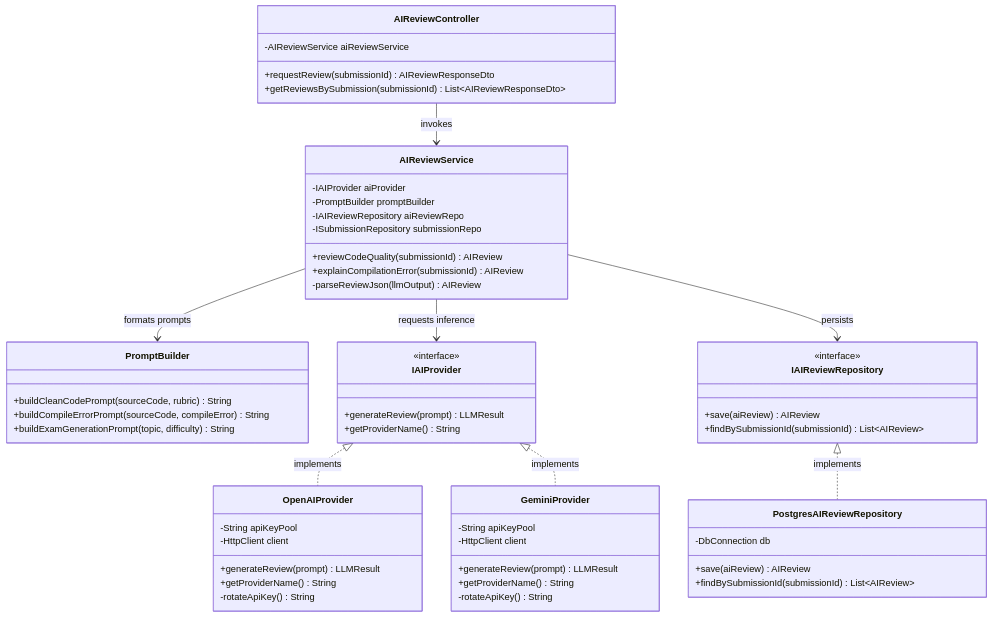
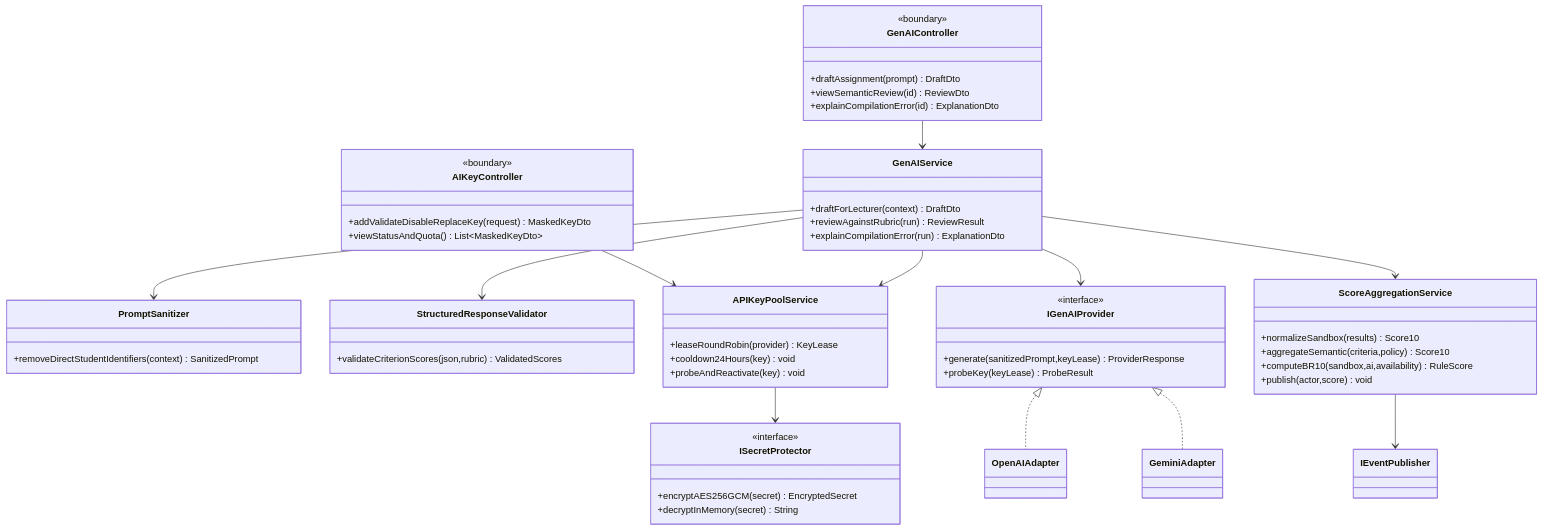
Before and after one commit to pthaok6/AITA-Intelligent: the eighth of 9 diagrams in CLASS_DIAGRAM_DESIGN.md, drawn with Mermaid. The commit also changed other lines of this file and 1 other file, not shown here.

````diff
--- a/CLASS_DIAGRAM_DESIGN.md
+++ b/CLASS_DIAGRAM_DESIGN.md
@@ -476,73 +675,59 @@
 ```mermaid
 classDiagram
-    %% Controller
-    class AIReviewController {
-        -AIReviewService aiReviewService
-        +requestReview(submissionId) AIReviewResponseDto
-        +getReviewsBySubmission(submissionId) List~AIReviewResponseDto~
-    }
-
-    %% Review Orchestrator
-    class AIReviewService {
-        -IAIProvider aiProvider
-        -PromptBuilder promptBuilder
-        -IAIReviewRepository aiReviewRepo
-        -ISubmissionRepository submissionRepo
-        +reviewCodeQuality(submissionId) AIReview
-        +explainCompilationError(submissionId) AIReview
-        -parseReviewJson(llmOutput) AIReview
-    }
-
-    %% Prompt Engineering Component
-    class PromptBuilder {
-        +buildCleanCodePrompt(sourceCode, rubric) String
-        +buildCompileErrorPrompt(sourceCode, compileError) String
-        +buildExamGenerationPrompt(topic, difficulty) String
-    }
-
-    %% LLM Adapter Pattern (Loose Coupling)
-    class IAIProvider {
-        <<interface>>
-        +generateReview(prompt) LLMResult
-        +getProviderName() String
-    }
-
-    class OpenAIProvider {
-        -String apiKeyPool
-        -HttpClient client
-        +generateReview(prompt) LLMResult
-        +getProviderName() String
-        -rotateApiKey() String
-    }
-
-    class GeminiProvider {
-        -String apiKeyPool
-        -HttpClient client
-        +generateReview(prompt) LLMResult
-        +getProviderName() String
-        -rotateApiKey() String
-    }
-
-    %% Repository
-    class IAIReviewRepository {
-        <<interface>>
-        +save(aiReview) AIReview
-        +findBySubmissionId(submissionId) List~AIReview~
-    }
-
-    class PostgresAIReviewRepository {
-        -DbConnection db
-        +save(aiReview) AIReview
-        +findBySubmissionId(submissionId) List~AIReview~
-    }
-
-    %% Relationships
-    AIReviewController --> AIReviewService : invokes
-    AIReviewService --> PromptBuilder : formats prompts
-    AIReviewService --> IAIProvider : requests inference
-    AIReviewService --> IAIReviewRepository : persists
-    
-    IAIProvider <|.. OpenAIProvider : implements
-    IAIProvider <|.. GeminiProvider : implements
-    IAIReviewRepository <|.. PostgresAIReviewRepository : implements
+  class GenAIController {
+    <<boundary>>
+    +draftAssignment(prompt) DraftDto
+    +viewSemanticReview(id) ReviewDto
+    +explainCompilationError(id) ExplanationDto
+  }
+  class AIKeyController {
+    <<boundary>>
+    +addValidateDisableReplaceKey(request) MaskedKeyDto
+    +viewStatusAndQuota() List~MaskedKeyDto~
+  }
+  class GenAIService {
+    +draftForLecturer(context) DraftDto
+    +reviewAgainstRubric(run) ReviewResult
+    +explainCompilationError(run) ExplanationDto
+  }
+  class PromptSanitizer {
+    +removeDirectStudentIdentifiers(context) SanitizedPrompt
+  }
+  class StructuredResponseValidator {
+    +validateCriterionScores(json,rubric) ValidatedScores
+  }
+  class APIKeyPoolService {
+    +leaseRoundRobin(provider) KeyLease
+    +cooldown24Hours(key) void
+    +probeAndReactivate(key) void
+  }
+  class ISecretProtector {
+    <<interface>>
+    +encryptAES256GCM(secret) EncryptedSecret
+    +decryptInMemory(secret) String
+  }
+  class IGenAIProvider {
+    <<interface>>
+    +generate(sanitizedPrompt,keyLease) ProviderResponse
+    +probeKey(keyLease) ProbeResult
+  }
+  class OpenAIAdapter
+  class GeminiAdapter
+  class ScoreAggregationService {
+    +normalizeSandbox(results) Score10
+    +aggregateSemantic(criteria,policy) Score10
+    +computeBR10(sandbox,ai,availability) RuleScore
+    +publish(actor,score) void
+  }
+  GenAIController --> GenAIService
+  AIKeyController --> APIKeyPoolService
+  GenAIService --> PromptSanitizer
+  GenAIService --> StructuredResponseValidator
+  GenAIService --> APIKeyPoolService
+  GenAIService --> IGenAIProvider
+  IGenAIProvider <|.. OpenAIAdapter
+  IGenAIProvider <|.. GeminiAdapter
+  APIKeyPoolService --> ISecretProtector
+  GenAIService --> ScoreAggregationService
+  ScoreAggregationService --> IEventPublisher
 ```
````
